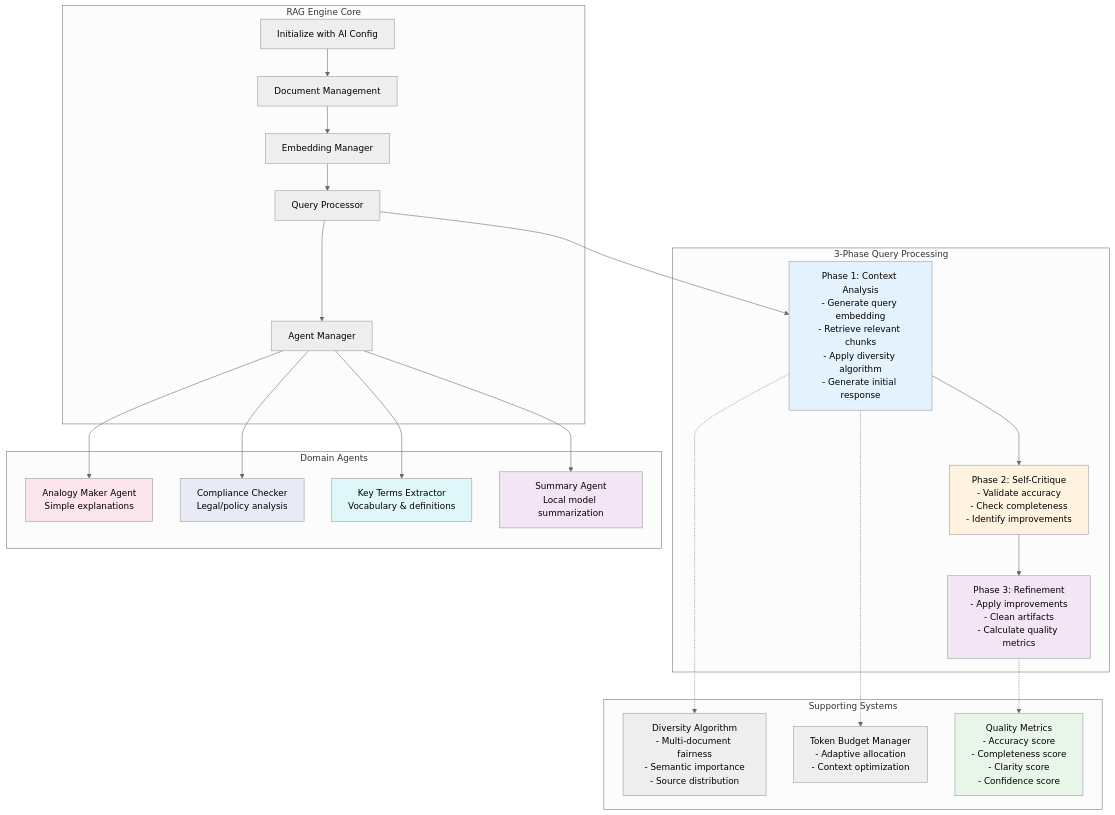
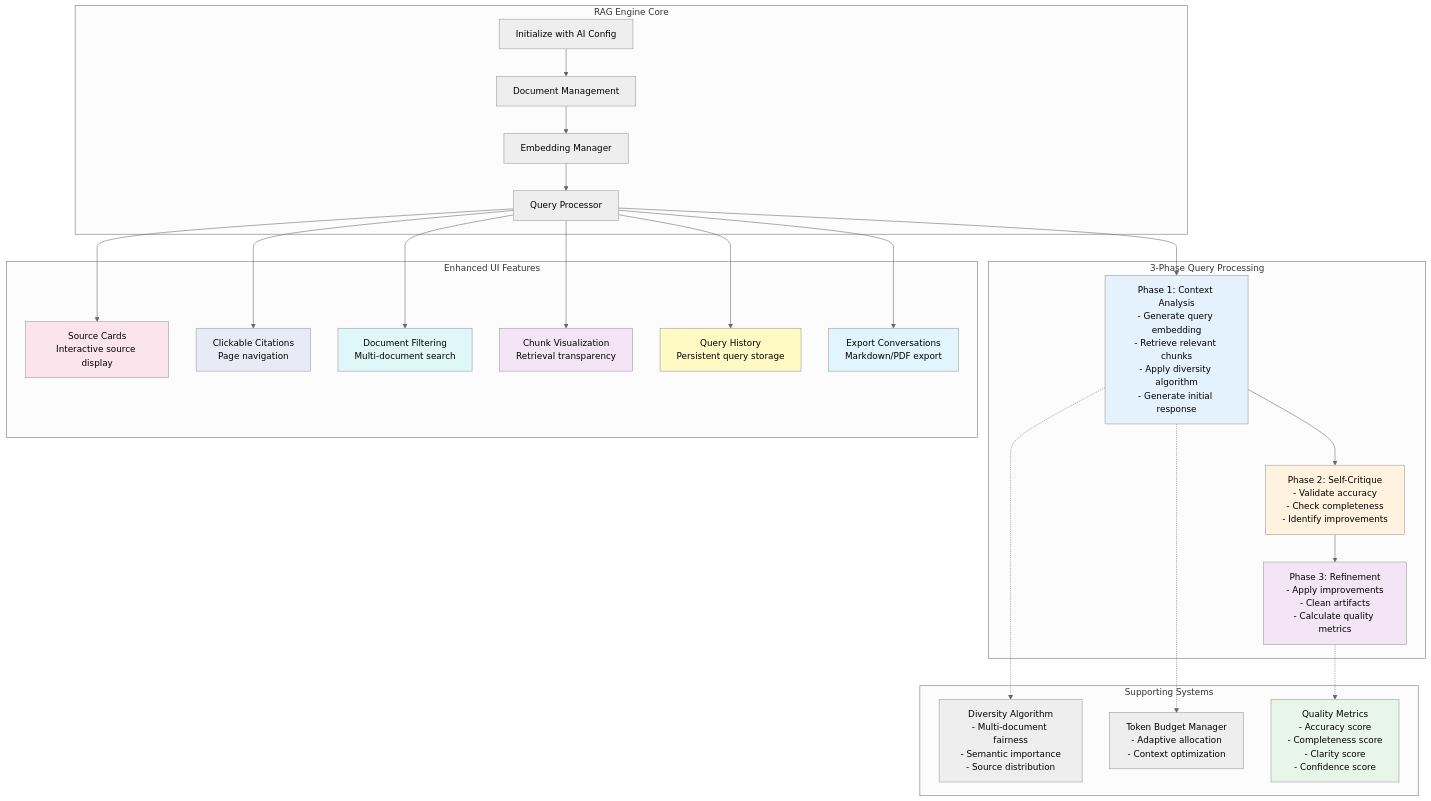
Before and after one commit to Kedhareswer/QuantumPDF_ChatApp_VectorDB: the third of 14 diagrams in docs/ARCHITECTURE_FLOWS.md, drawn with Mermaid (neutral theme). The commit also changed other lines of this file and 25 other files, not shown here.

````diff
--- a/docs/ARCHITECTURE_FLOWS.md
+++ b/docs/ARCHITECTURE_FLOWS.md
@@ -141,53 +138,57 @@
 ```mermaid
 graph TD
     subgraph "RAG Engine Core"
         INIT[Initialize with AI Config]
         DOC[Document Management]
         EMB[Embedding Manager]
         QUERY[Query Processor]
-        AGENT_MGR[Agent Manager]
     end
 
     subgraph "3-Phase Query Processing"
         P1[Phase 1: Context Analysis<br/>- Generate query embedding<br/>- Retrieve relevant chunks<br/>- Apply diversity algorithm<br/>- Generate initial response]
         P2[Phase 2: Self-Critique<br/>- Validate accuracy<br/>- Check completeness<br/>- Identify improvements]
         P3[Phase 3: Refinement<br/>- Apply improvements<br/>- Clean artifacts<br/>- Calculate quality metrics]
     end
 
-    subgraph "Domain Agents"
-        ANALOGY[Analogy Maker Agent<br/>Simple explanations]
-        COMPLY[Compliance Checker<br/>Legal/policy analysis]
-        KEYTERMS[Key Terms Extractor<br/>Vocabulary & definitions]
-        SUMMARY[Summary Agent<br/>Local model summarization]
+    subgraph "Enhanced UI Features"
+        SOURCE_CARDS[Source Cards<br/>Interactive source display]
+        CITATIONS[Clickable Citations<br/>Page navigation]
+        FILTER[Document Filtering<br/>Multi-document search]
+        CHUNKS[Chunk Visualization<br/>Retrieval transparency]
+        HISTORY[Query History<br/>Persistent query storage]
+        EXPORT[Export Conversations<br/>Markdown/PDF export]
     end
 
     subgraph "Supporting Systems"
         DIV[Diversity Algorithm<br/>- Multi-document fairness<br/>- Semantic importance<br/>- Source distribution]
         TOKEN[Token Budget Manager<br/>- Adaptive allocation<br/>- Context optimization]
         QUALITY[Quality Metrics<br/>- Accuracy score<br/>- Completeness score<br/>- Clarity score<br/>- Confidence score]
     end
 
     INIT --> DOC
     DOC --> EMB
     EMB --> QUERY
     QUERY --> P1
     P1 --> P2
     P2 --> P3
     P1 -.-> DIV
     P1 -.-> TOKEN
     P3 -.-> QUALITY
-    QUERY --> AGENT_MGR
-    AGENT_MGR --> ANALOGY
-    AGENT_MGR --> COMPLY
-    AGENT_MGR --> KEYTERMS
-    AGENT_MGR --> SUMMARY
+    QUERY --> SOURCE_CARDS
+    QUERY --> CITATIONS
+    QUERY --> FILTER
+    QUERY --> CHUNKS
+    QUERY --> HISTORY
+    QUERY --> EXPORT
 
     style P1 fill:#e3f2fd
     style P2 fill:#fff3e0
     style P3 fill:#f3e5f5
     style QUALITY fill:#e8f5e9
-    style ANALOGY fill:#fce4ec
-    style COMPLY fill:#e8eaf6
-    style KEYTERMS fill:#e0f7fa
-    style SUMMARY fill:#f3e5f5
+    style SOURCE_CARDS fill:#fce4ec
+    style CITATIONS fill:#e8eaf6
+    style FILTER fill:#e0f7fa
+    style CHUNKS fill:#f3e5f5
+    style HISTORY fill:#fff9c4
+    style EXPORT fill:#e1f5ff
 ```
````
